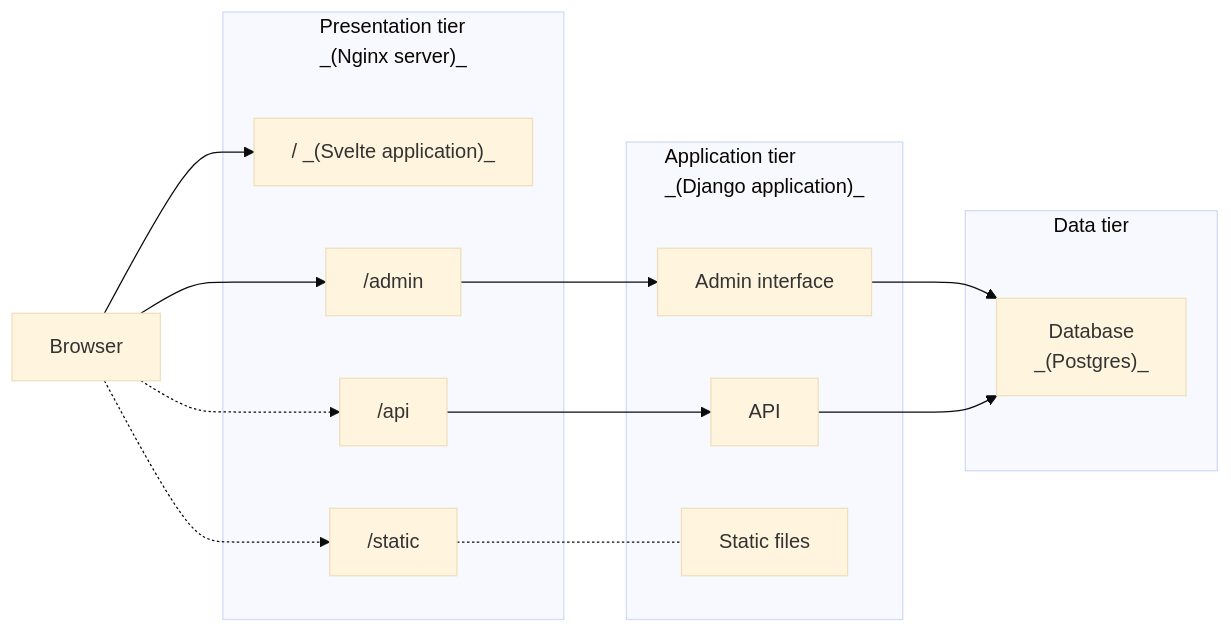
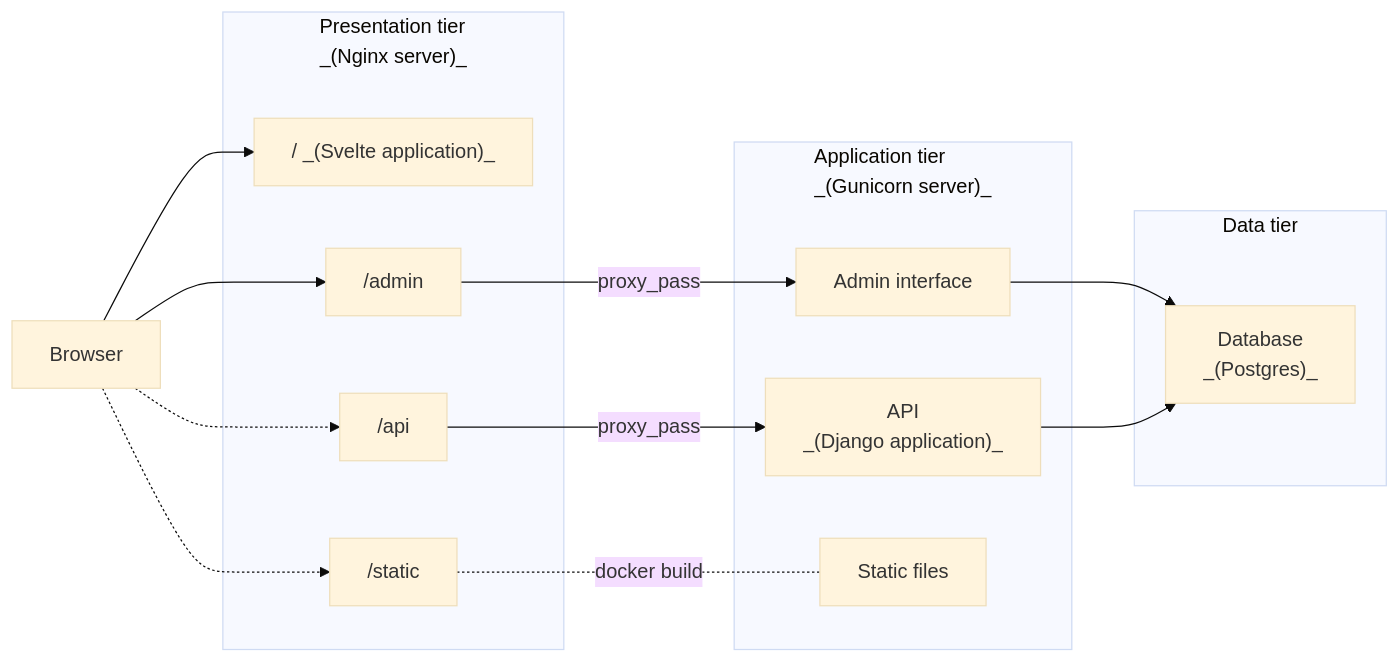
The diagram in README.md (cicd-tutorials/feedback), drawn with Mermaid (base theme) before and after one commit. The commit also changed other lines of this file, not shown here.

Commit message:
Add paragraph about gunicorn usage (#43)

````diff
--- a/README.md
+++ b/README.md
@@ -32,33 +32,33 @@
 ```mermaid
 flowchart LR
   subgraph d [Data tier]
     db["Database<br>_(Postgres)_"]
   end
-  subgraph a ["Application tier<br>_(Django application)_"]
+  subgraph a ["Application tier<br>_(Gunicorn server)_"]
     a_whitespace:::hidden
     admin[Admin interface]
-    API
+    API["API<br>_(Django application)_"]
     static_build[Static files]
   end
   subgraph p ["Presentation tier<br>_(Nginx server)_"]
     p_whitespace:::hidden
     root["/ _(Svelte application)_"]
     api_proxy["/api"]
     admin_proxy["/admin"]
     static["/static"]
   end
 
   Browser-->root
   Browser-->admin_proxy
   Browser-.->api_proxy
   Browser-.->static
 
-  admin_proxy-->admin
-  api_proxy-->API
-  static -.- static_build
+  admin_proxy--proxy_pass-->admin
+  api_proxy--proxy_pass-->API
+  static -.docker build.- static_build
 
   admin-->db
   API-->db
 
   classDef hidden display: none;
 ```
````
